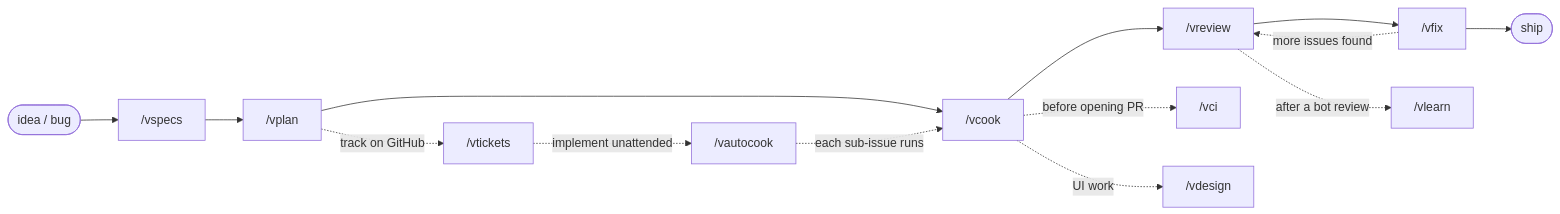
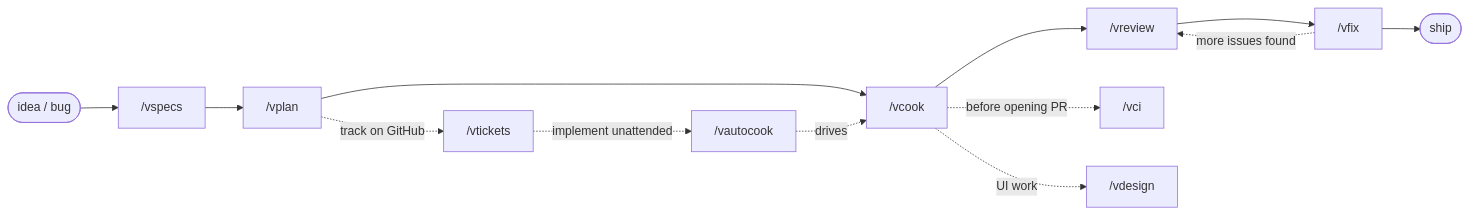
Before and after one commit to vyvu99/vskills: the diagram in README.md, drawn with Mermaid. The commit also changed other lines of this file and 12 other files, not shown here.

````diff
--- a/README.md
+++ b/README.md
@@ -41,17 +58,16 @@
 ```mermaid
 flowchart LR
     idea(["idea / bug"]) --> specs["/vspecs"]
     specs --> plan["/vplan"]
     plan --> cook["/vcook"]
     cook --> review["/vreview"]
     review --> fix["/vfix"]
     fix -. more issues found .-> review
     fix --> ship(["ship"])
 
     plan -. track on GitHub .-> tickets["/vtickets"]
     tickets -. implement unattended .-> auto["/vautocook"]
-    auto -. each sub-issue runs .-> cook
+    auto -. drives .-> cook
     cook -. before opening PR .-> ci["/vci"]
     cook -. UI work .-> design["/vdesign"]
-    review -. after a bot review .-> learn["/vlearn"]
 ```
````
